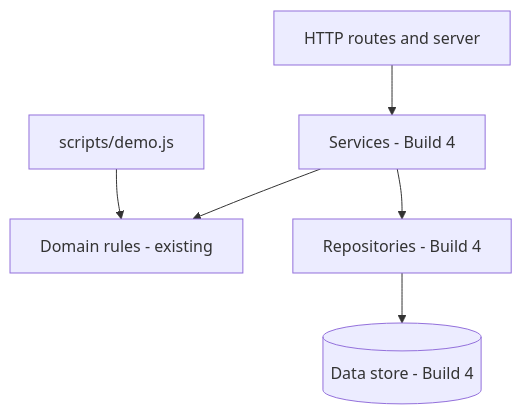
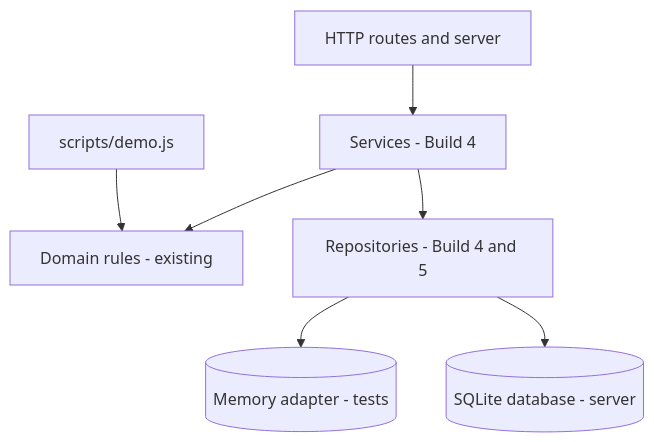
The second of 9 diagrams in docs/architecture.md (Fingertouchmultiventures/DSA-software-development-class), drawn with Mermaid before and after one commit. The commit also changed other lines of this file and 99 other files, not shown here.

````diff
--- a/docs/architecture.md
+++ b/docs/architecture.md
@@ -59,8 +60,9 @@
 ```mermaid
 flowchart TB
   routes[HTTP routes and server] --> services[Services - Build 4]
   services --> rules[Domain rules - existing]
-  services --> repositories[Repositories - Build 4]
-  repositories --> data[(Data store - Build 4)]
+  services --> repositories[Repositories - Build 4 and 5]
+  repositories --> memory[(Memory adapter - tests)]
+  repositories --> sqlite[(SQLite database - server)]
   demo[scripts/demo.js] --> rules
 ```
````
